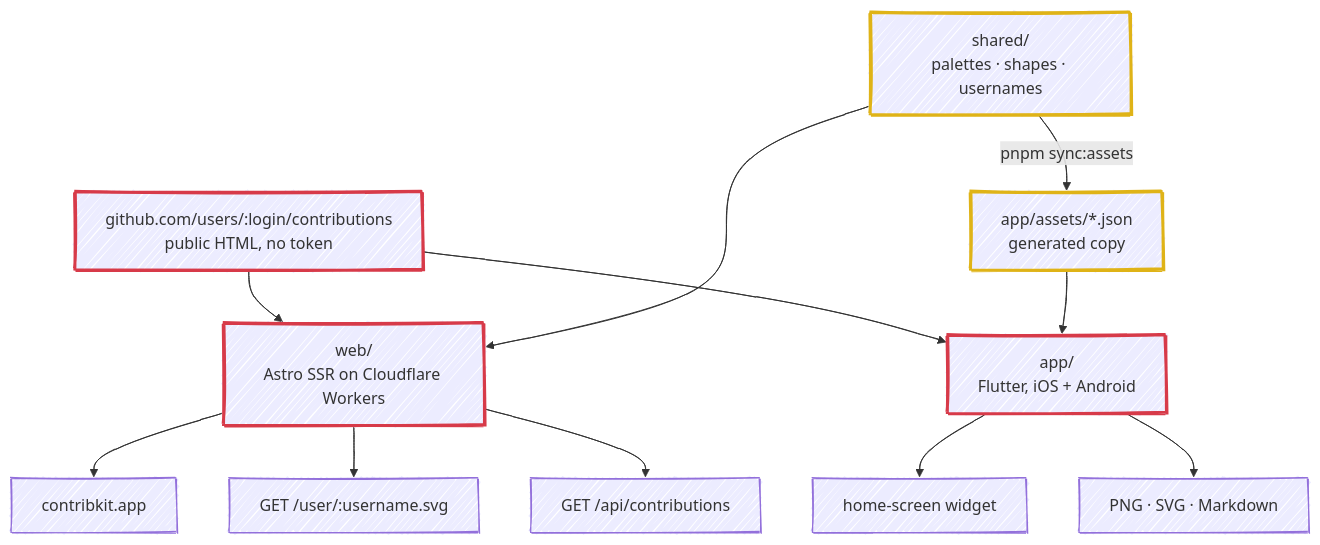
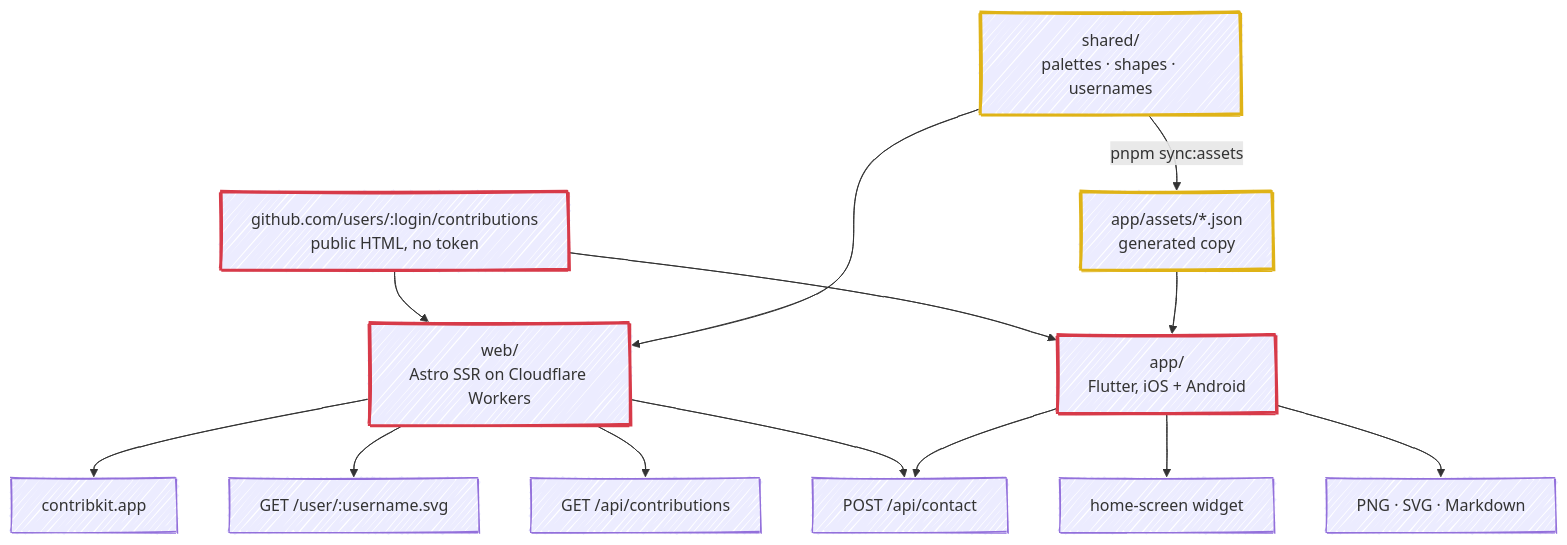
The first of 2 diagrams in ARCHITECTURE.md (fbuireu/contribKit), drawn with Mermaid before and after one commit. The commit also changed other lines of this file and 92 other files, not shown here.

````diff
--- a/ARCHITECTURE.md
+++ b/ARCHITECTURE.md
@@ -16,26 +16,28 @@
 ```mermaid
 ---
 config:
   look: handDrawn
 ---
 flowchart TD
     gh["github.com/users/:login/contributions<br/>public HTML, no token"]
 
     gh --> web["web/<br/>Astro SSR on Cloudflare Workers"]
     gh --> app["app/<br/>Flutter, iOS + Android"]
 
     tokens["shared/<br/>palettes · shapes · usernames"] --> web
     tokens -->|"pnpm sync:assets"| assets["app/assets/*.json<br/>generated copy"]
     assets --> app
 
     web --> site["contribkit.app"]
     web --> svg["GET /user/:username.svg"]
     web --> json["GET /api/contributions"]
+    web --> contact["POST /api/contact"]
+    app --> contact
     app --> widget["home-screen widget"]
     app --> export["PNG · SVG · Markdown"]
 
     classDef pure stroke:#dfb317,stroke-width:3px
     classDef shell stroke:#d73a49,stroke-width:3px
     class tokens,assets pure
     class web,app,gh shell
 ```
````
